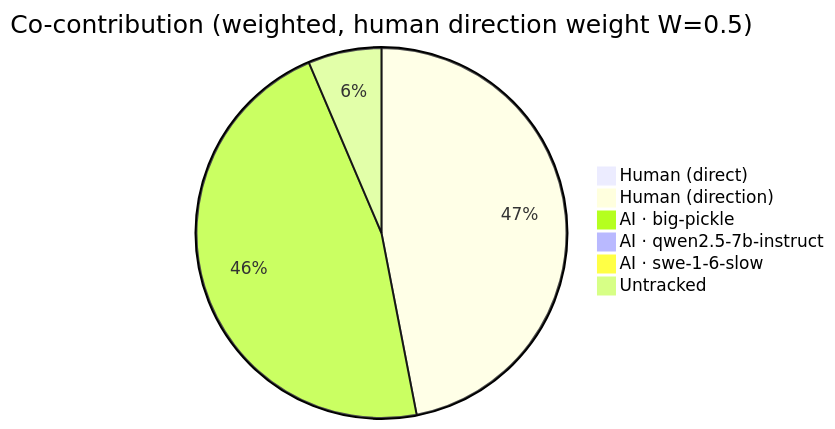
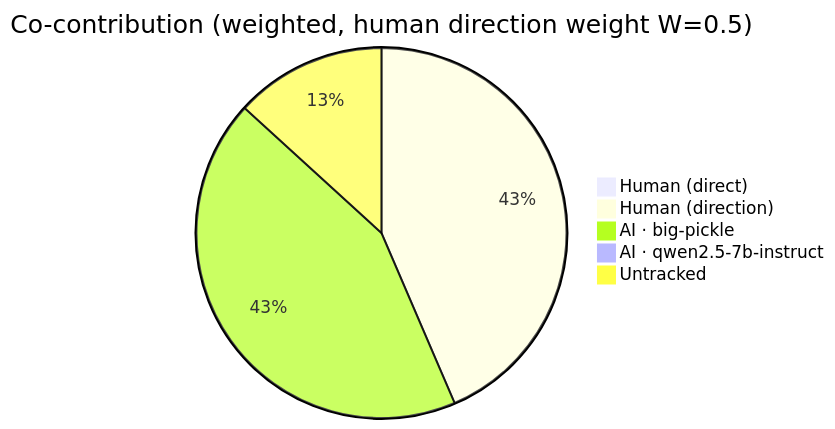
The first of 7 diagrams in AI-AUTHORSHIP.md (CaliMark/game-of-life), drawn with Mermaid before and after one commit. The commit also changed other lines of this file and 1 other file, not shown here.

````diff
--- a/AI-AUTHORSHIP.md
+++ b/AI-AUTHORSHIP.md
@@ -23,9 +23,8 @@
 ```mermaid
 pie title Co-contribution (weighted, human direction weight W=0.5)
     "Human (direct)" : 1
     "Human (direction)" : 293
     "AI · big-pickle" : 291
     "AI · qwen2.5-7b-instruct" : 1
-    "AI · swe-1-6-slow" : 1
-    "Untracked" : 40
+    "Untracked" : 89
 ```
````
